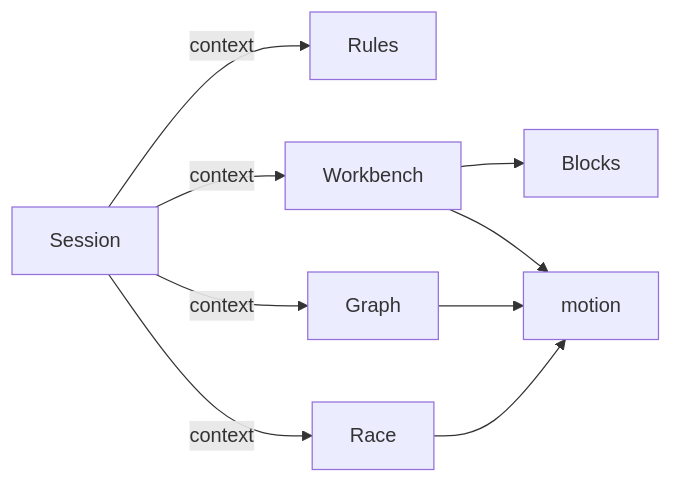
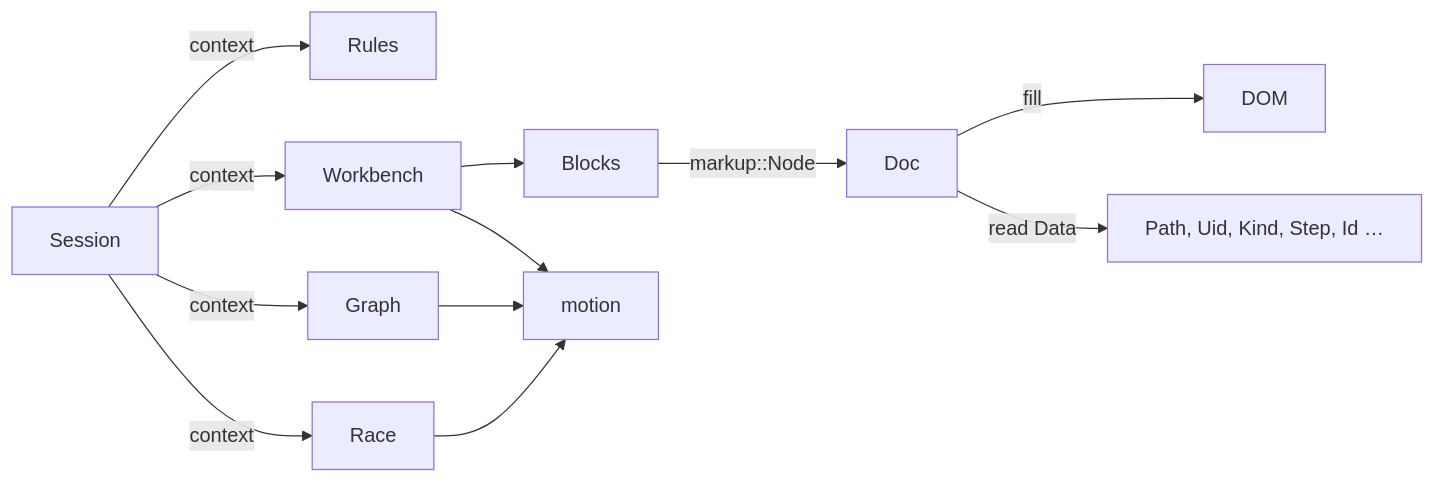
One commit to krukah/redex changed the diagram in crates/widgets/AGENTS.md. Above: the diagram before and after it, drawn with Mermaid. The commit also changed other lines of this file and 8 other files, not shown here.

First line of the commit message:
Document markup and units, the typed widgets, and milestone 6b

````diff
--- a/crates/widgets/AGENTS.md
+++ b/crates/widgets/AGENTS.md
@@ -3,6 +3,7 @@
 ```mermaid
 flowchart LR
   Session -->|context| Rules & Workbench & Graph & Race
-  Workbench --> Blocks
+  Workbench --> Blocks -->|markup::Node| Doc -->|fill| DOM
   Workbench & Graph & Race --> motion
+  Doc -->|read Data| typed[Path, Uid, Kind, Step, Id …]
 ```
````
